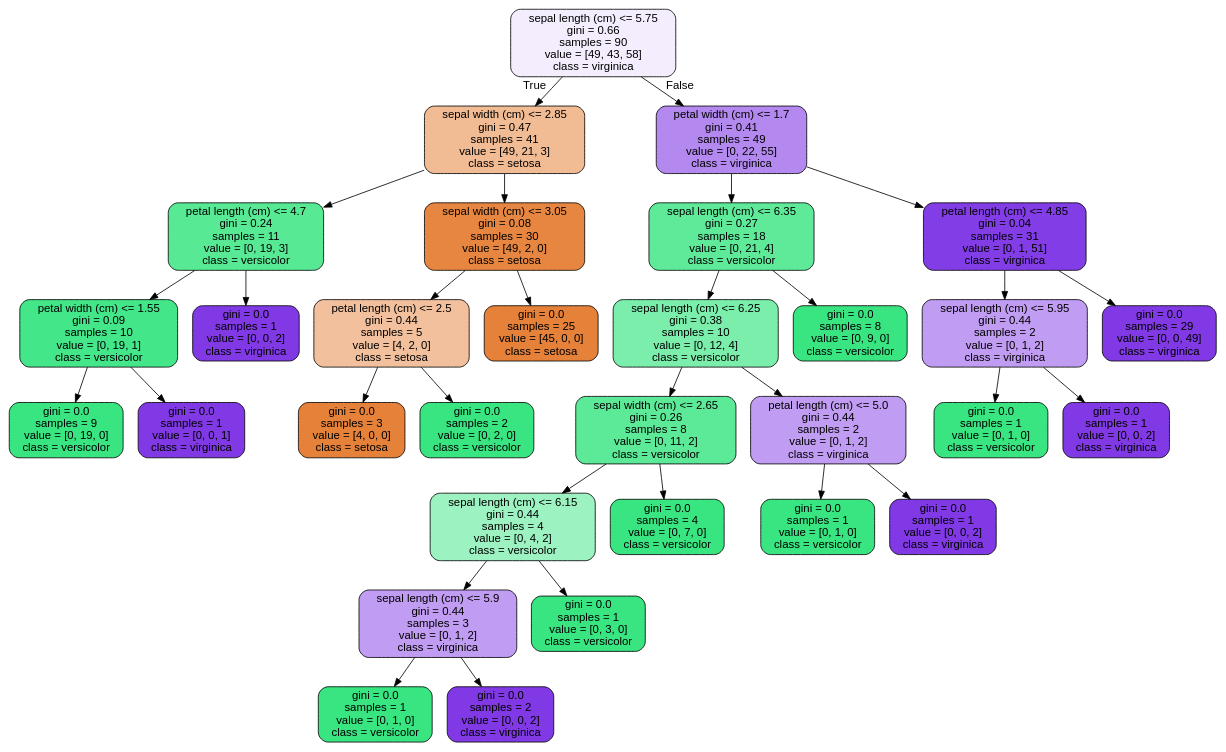
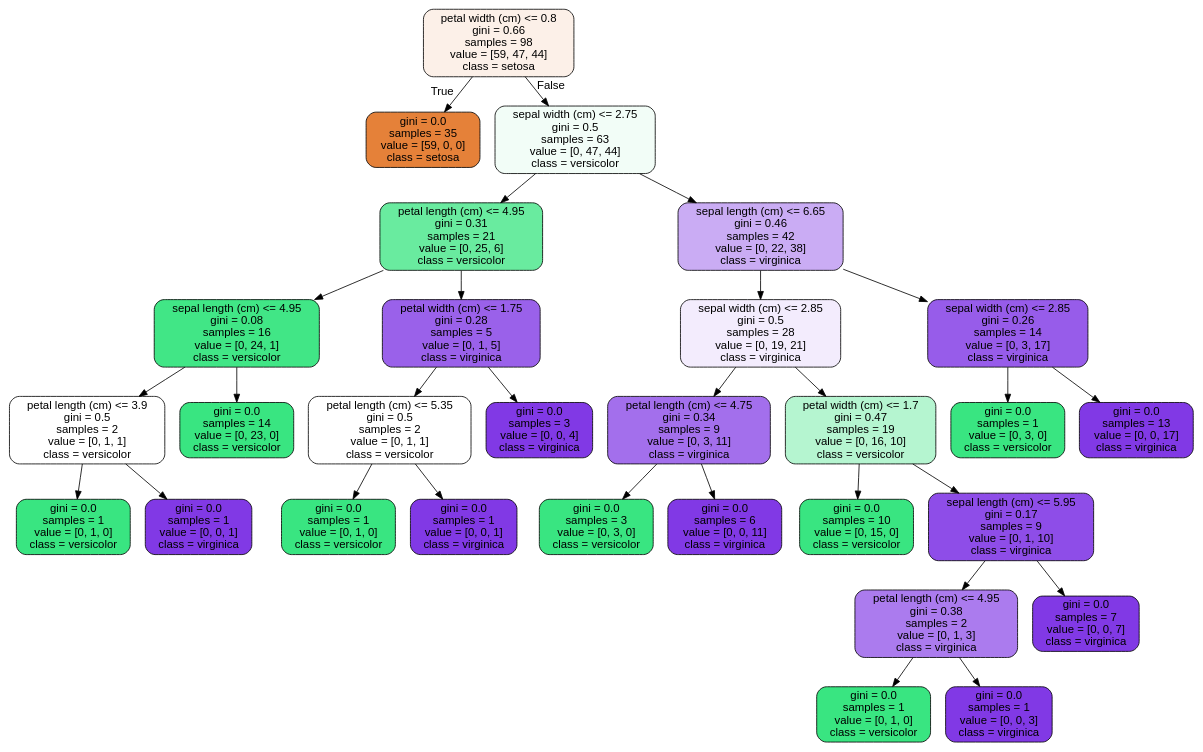
Before and after one commit to robiusc2031/Springboard_2021: the diagram in Unit-14/RandomForest_Covid_Case_Study/RandomForest Covid Case Study_06302020/tree.dot, drawn with Graphviz. The commit also changed 2 other files, not shown here.

Commit message:
graphviz

```diff
--- a/Unit-14/RandomForest_Covid_Case_Study/RandomForest Covid Case Study_06302020/tree.dot
+++ b/Unit-14/RandomForest_Covid_Case_Study/RandomForest Covid Case Study_06302020/tree.dot
@@ -1,65 +1,61 @@
 digraph Tree {
 node [shape=box, style="filled, rounded", color="black", fontname=helvetica] ;
 edge [fontname=helvetica] ;
-0 [label="sepal length (cm) <= 5.75\ngini = 0.66\nsamples = 90\nvalue = [49, 43, 58]\nclass = virginica", fillcolor="#f4edfd"] ;
-1 [label="sepal width (cm) <= 2.85\ngini = 0.47\nsamples = 41\nvalue = [49, 21, 3]\nclass = setosa", fillcolor="#f1bb94"] ;
+0 [label="petal width (cm) <= 0.8\ngini = 0.66\nsamples = 98\nvalue = [59, 47, 44]\nclass = setosa", fillcolor="#fcf0e8"] ;
+1 [label="gini = 0.0\nsamples = 35\nvalue = [59, 0, 0]\nclass = setosa", fillcolor="#e58139"] ;
 0 -> 1 [labeldistance=2.5, labelangle=45, headlabel="True"] ;
-2 [label="petal length (cm) <= 4.7\ngini = 0.24\nsamples = 11\nvalue = [0, 19, 3]\nclass = versicolor", fillcolor="#58e995"] ;
-1 -> 2 ;
-3 [label="petal width (cm) <= 1.55\ngini = 0.09\nsamples = 10\nvalue = [0, 19, 1]\nclass = versicolor", fillcolor="#43e688"] ;
+2 [label="sepal width (cm) <= 2.75\ngini = 0.5\nsamples = 63\nvalue = [0, 47, 44]\nclass = versicolor", fillcolor="#f2fdf7"] ;
+0 -> 2 [labeldistance=2.5, labelangle=-45, headlabel="False"] ;
+3 [label="petal length (cm) <= 4.95\ngini = 0.31\nsamples = 21\nvalue = [0, 25, 6]\nclass = versicolor", fillcolor="#69eb9f"] ;
 2 -> 3 ;
-4 [label="gini = 0.0\nsamples = 9\nvalue = [0, 19, 0]\nclass = versicolor", fillcolor="#39e581"] ;
+4 [label="sepal length (cm) <= 4.95\ngini = 0.08\nsamples = 16\nvalue = [0, 24, 1]\nclass = versicolor", fillcolor="#41e686"] ;
 3 -> 4 ;
-5 [label="gini = 0.0\nsamples = 1\nvalue = [0, 0, 1]\nclass = virginica", fillcolor="#8139e5"] ;
-3 -> 5 ;
-6 [label="gini = 0.0\nsamples = 1\nvalue = [0, 0, 2]\nclass = virginica", fillcolor="#8139e5"] ;
-2 -> 6 ;
-7 [label="sepal width (cm) <= 3.05\ngini = 0.08\nsamples = 30\nvalue = [49, 2, 0]\nclass = setosa", fillcolor="#e68641"] ;
-1 -> 7 ;
-8 [label="petal length (cm) <= 2.5\ngini = 0.44\nsamples = 5\nvalue = [4, 2, 0]\nclass = setosa", fillcolor="#f2c09c"] ;
-7 -> 8 ;
-9 [label="gini = 0.0\nsamples = 3\nvalue = [4, 0, 0]\nclass = setosa", fillcolor="#e58139"] ;
-8 -> 9 ;
-10 [label="gini = 0.0\nsamples = 2\nvalue = [0, 2, 0]\nclass = versicolor", fillcolor="#39e581"] ;
-8 -> 10 ;
-11 [label="gini = 0.0\nsamples = 25\nvalue = [45, 0, 0]\nclass = setosa", fillcolor="#e58139"] ;
-7 -> 11 ;
-12 [label="petal width (cm) <= 1.7\ngini = 0.41\nsamples = 49\nvalue = [0, 22, 55]\nclass = virginica", fillcolor="#b388ef"] ;
-0 -> 12 [labeldistance=2.5, labelangle=-45, headlabel="False"] ;
-13 [label="sepal length (cm) <= 6.35\ngini = 0.27\nsamples = 18\nvalue = [0, 21, 4]\nclass = versicolor", fillcolor="#5fea99"] ;
-12 -> 13 ;
-14 [label="sepal length (cm) <= 6.25\ngini = 0.38\nsamples = 10\nvalue = [0, 12, 4]\nclass = versicolor", fillcolor="#7beeab"] ;
-13 -> 14 ;
-15 [label="sepal width (cm) <= 2.65\ngini = 0.26\nsamples = 8\nvalue = [0, 11, 2]\nclass = versicolor", fillcolor="#5dea98"] ;
+5 [label="petal length (cm) <= 3.9\ngini = 0.5\nsamples = 2\nvalue = [0, 1, 1]\nclass = versicolor", fillcolor="#ffffff"] ;
+4 -> 5 ;
+6 [label="gini = 0.0\nsamples = 1\nvalue = [0, 1, 0]\nclass = versicolor", fillcolor="#39e581"] ;
+5 -> 6 ;
+7 [label="gini = 0.0\nsamples = 1\nvalue = [0, 0, 1]\nclass = virginica", fillcolor="#8139e5"] ;
+5 -> 7 ;
+8 [label="gini = 0.0\nsamples = 14\nvalue = [0, 23, 0]\nclass = versicolor", fillcolor="#39e581"] ;
+4 -> 8 ;
+9 [label="petal width (cm) <= 1.75\ngini = 0.28\nsamples = 5\nvalue = [0, 1, 5]\nclass = virginica", fillcolor="#9a61ea"] ;
+3 -> 9 ;
+10 [label="petal length (cm) <= 5.35\ngini = 0.5\nsamples = 2\nvalue = [0, 1, 1]\nclass = versicolor", fillcolor="#ffffff"] ;
+9 -> 10 ;
+11 [label="gini = 0.0\nsamples = 1\nvalue = [0, 1, 0]\nclass = versicolor", fillcolor="#39e581"] ;
+10 -> 11 ;
+12 [label="gini = 0.0\nsamples = 1\nvalue = [0, 0, 1]\nclass = virginica", fillcolor="#8139e5"] ;
+10 -> 12 ;
+13 [label="gini = 0.0\nsamples = 3\nvalue = [0, 0, 4]\nclass = virginica", fillcolor="#8139e5"] ;
+9 -> 13 ;
+14 [label="sepal length (cm) <= 6.65\ngini = 0.46\nsamples = 42\nvalue = [0, 22, 38]\nclass = virginica", fillcolor="#caacf4"] ;
+2 -> 14 ;
+15 [label="sepal width (cm) <= 2.85\ngini = 0.5\nsamples = 28\nvalue = [0, 19, 21]\nclass = virginica", fillcolor="#f3ecfd"] ;
 14 -> 15 ;
-16 [label="sepal length (cm) <= 6.15\ngini = 0.44\nsamples = 4\nvalue = [0, 4, 2]\nclass = versicolor", fillcolor="#9cf2c0"] ;
+16 [label="petal length (cm) <= 4.75\ngini = 0.34\nsamples = 9\nvalue = [0, 3, 11]\nclass = virginica", fillcolor="#a36fec"] ;
 15 -> 16 ;
-17 [label="sepal length (cm) <= 5.9\ngini = 0.44\nsamples = 3\nvalue = [0, 1, 2]\nclass = virginica", fillcolor="#c09cf2"] ;
+17 [label="gini = 0.0\nsamples = 3\nvalue = [0, 3, 0]\nclass = versicolor", fillcolor="#39e581"] ;
 16 -> 17 ;
-18 [label="gini = 0.0\nsamples = 1\nvalue = [0, 1, 0]\nclass = versicolor", fillcolor="#39e581"] ;
-17 -> 18 ;
-19 [label="gini = 0.0\nsamples = 2\nvalue = [0, 0, 2]\nclass = virginica", fillcolor="#8139e5"] ;
-17 -> 19 ;
-20 [label="gini = 0.0\nsamples = 1\nvalue = [0, 3, 0]\nclass = versicolor", fillcolor="#39e581"] ;
-16 -> 20 ;
-21 [label="gini = 0.0\nsamples = 4\nvalue = [0, 7, 0]\nclass = versicolor", fillcolor="#39e581"] ;
-15 -> 21 ;
-22 [label="petal length (cm) <= 5.0\ngini = 0.44\nsamples = 2\nvalue = [0, 1, 2]\nclass = virginica", fillcolor="#c09cf2"] ;
-14 -> 22 ;
+18 [label="gini = 0.0\nsamples = 6\nvalue = [0, 0, 11]\nclass = virginica", fillcolor="#8139e5"] ;
+16 -> 18 ;
+19 [label="petal width (cm) <= 1.7\ngini = 0.47\nsamples = 19\nvalue = [0, 16, 10]\nclass = versicolor", fillcolor="#b5f5d0"] ;
+15 -> 19 ;
+20 [label="gini = 0.0\nsamples = 10\nvalue = [0, 15, 0]\nclass = versicolor", fillcolor="#39e581"] ;
+19 -> 20 ;
+21 [label="sepal length (cm) <= 5.95\ngini = 0.17\nsamples = 9\nvalue = [0, 1, 10]\nclass = virginica", fillcolor="#8e4de8"] ;
+19 -> 21 ;
+22 [label="petal length (cm) <= 4.95\ngini = 0.38\nsamples = 2\nvalue = [0, 1, 3]\nclass = virginica", fillcolor="#ab7bee"] ;
+21 -> 22 ;
 23 [label="gini = 0.0\nsamples = 1\nvalue = [0, 1, 0]\nclass = versicolor", fillcolor="#39e581"] ;
 22 -> 23 ;
-24 [label="gini = 0.0\nsamples = 1\nvalue = [0, 0, 2]\nclass = virginica", fillcolor="#8139e5"] ;
+24 [label="gini = 0.0\nsamples = 1\nvalue = [0, 0, 3]\nclass = virginica", fillcolor="#8139e5"] ;
 22 -> 24 ;
-25 [label="gini = 0.0\nsamples = 8\nvalue = [0, 9, 0]\nclass = versicolor", fillcolor="#39e581"] ;
-13 -> 25 ;
-26 [label="petal length (cm) <= 4.85\ngini = 0.04\nsamples = 31\nvalue = [0, 1, 51]\nclass = virginica", fillcolor="#833de6"] ;
-12 -> 26 ;
-27 [label="sepal length (cm) <= 5.95\ngini = 0.44\nsamples = 2\nvalue = [0, 1, 2]\nclass = virginica", fillcolor="#c09cf2"] ;
+25 [label="gini = 0.0\nsamples = 7\nvalue = [0, 0, 7]\nclass = virginica", fillcolor="#8139e5"] ;
+21 -> 25 ;
+26 [label="sepal width (cm) <= 2.85\ngini = 0.26\nsamples = 14\nvalue = [0, 3, 17]\nclass = virginica", fillcolor="#975cea"] ;
+14 -> 26 ;
+27 [label="gini = 0.0\nsamples = 1\nvalue = [0, 3, 0]\nclass = versicolor", fillcolor="#39e581"] ;
 26 -> 27 ;
-28 [label="gini = 0.0\nsamples = 1\nvalue = [0, 1, 0]\nclass = versicolor", fillcolor="#39e581"] ;
-27 -> 28 ;
-29 [label="gini = 0.0\nsamples = 1\nvalue = [0, 0, 2]\nclass = virginica", fillcolor="#8139e5"] ;
-27 -> 29 ;
-30 [label="gini = 0.0\nsamples = 29\nvalue = [0, 0, 49]\nclass = virginica", fillcolor="#8139e5"] ;
-26 -> 30 ;
+28 [label="gini = 0.0\nsamples = 13\nvalue = [0, 0, 17]\nclass = virginica", fillcolor="#8139e5"] ;
+26 -> 28 ;
 }
```
